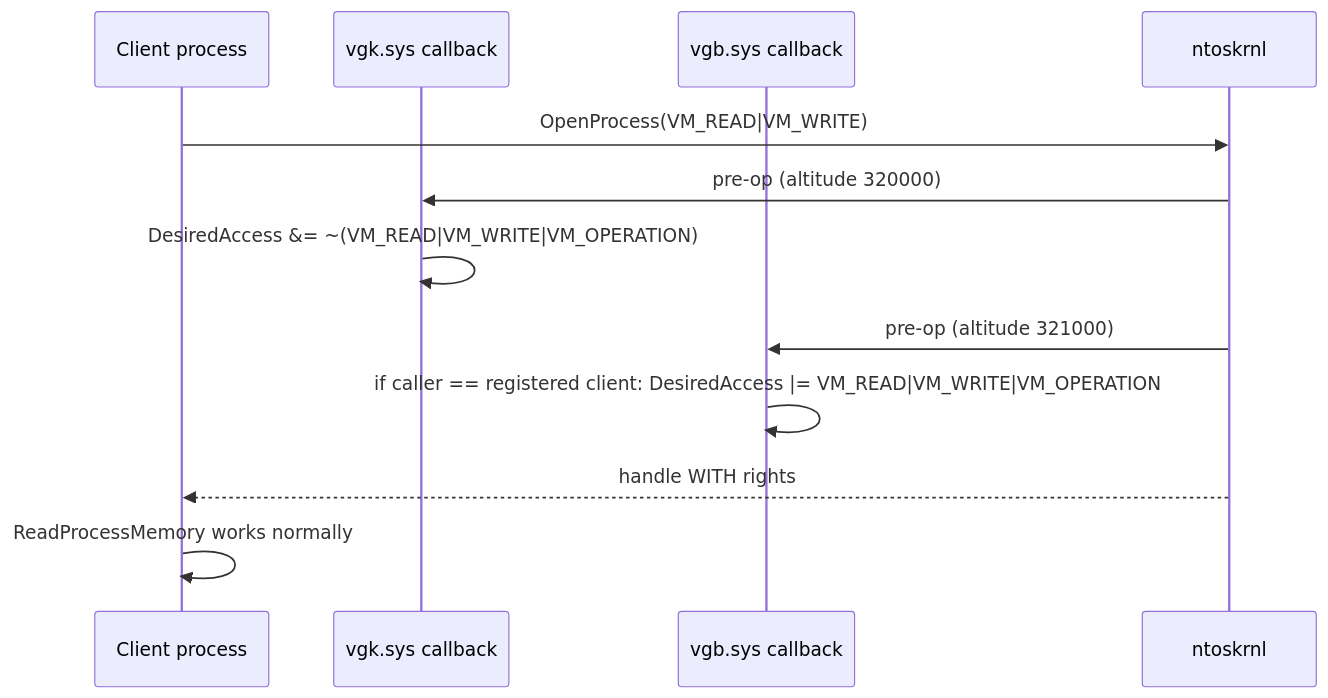
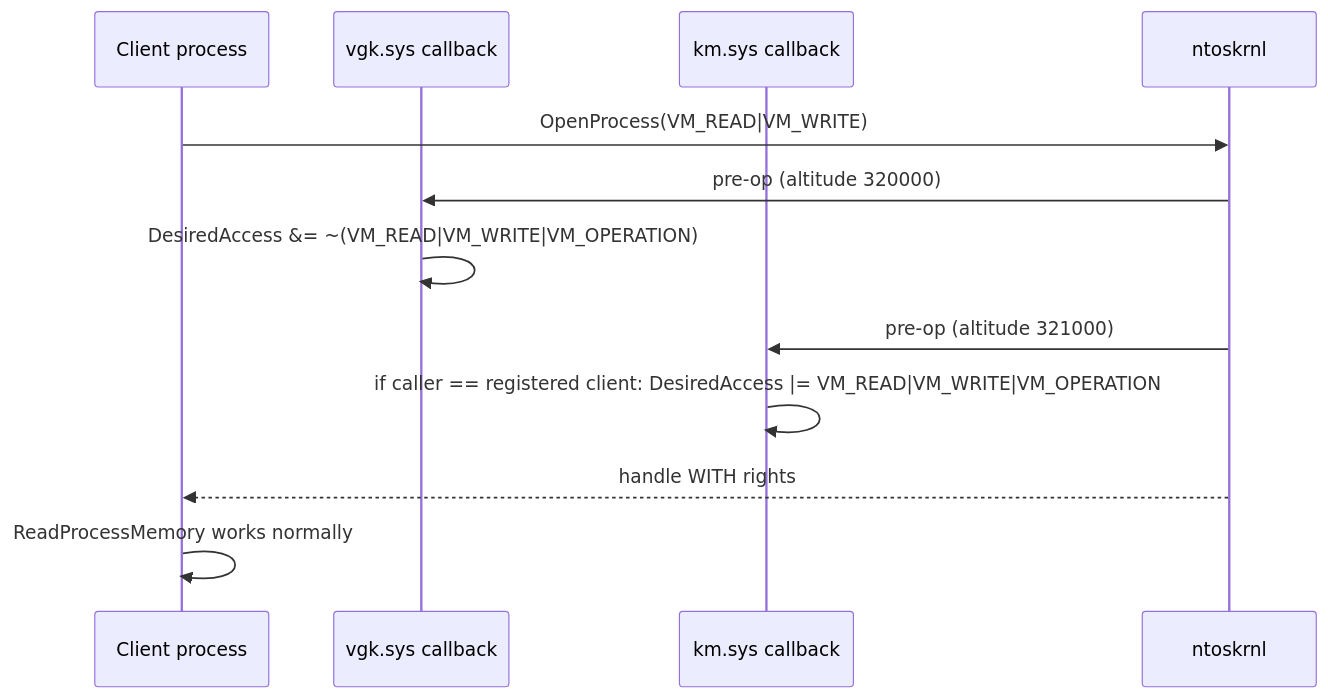
Before and after one commit to 0xMALVEE/kernmem: the fourth of 5 diagrams in docs/architecture.md, drawn with Mermaid. The commit also changed other lines of this file and 919 other files, not shown here.

````diff
--- a/docs/architecture.md
+++ b/docs/architecture.md
@@ -106,15 +106,15 @@
 ```mermaid
 sequenceDiagram
     participant C as Client process
     participant V as vgk.sys callback
-    participant D as vgb.sys callback
+    participant D as km.sys callback
     participant N as ntoskrnl
 
     C->>N: OpenProcess(VM_READ|VM_WRITE)
     N->>V: pre-op (altitude 320000)
     V->>V: DesiredAccess &= ~(VM_READ|VM_WRITE|VM_OPERATION)
     N->>D: pre-op (altitude 321000)
     D->>D: if caller == registered client: DesiredAccess |= VM_READ|VM_WRITE|VM_OPERATION
     N-->>C: handle WITH rights
     C->>C: ReadProcessMemory works normally
 ```
````
